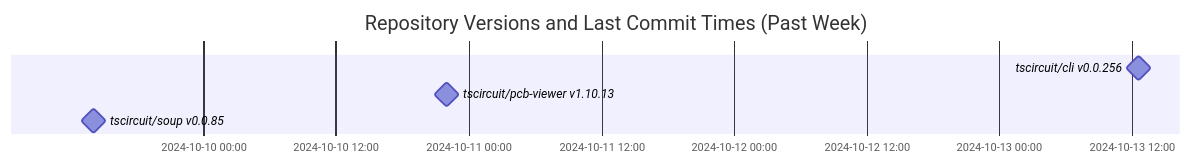
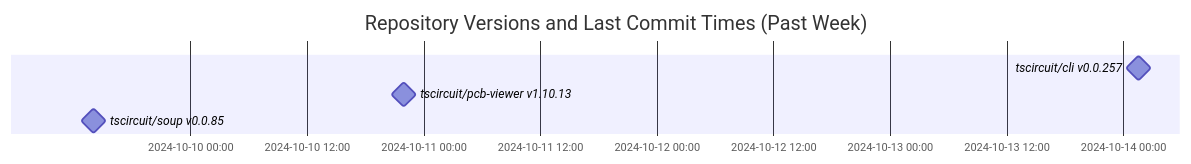
The diagram in README.md (tscircuit/version-tracker), drawn with Mermaid before and after one commit.

Commit message:
Update chart

````diff
--- a/README.md
+++ b/README.md
@@ -1,10 +1,10 @@
 ```mermaid
 gantt
   dateFormat  YYYY-MM-DD HH:mm:ss
   title Repository Versions and Last Commit Times (Past Week)
   axisFormat %Y-%m-%d %H:%M
 
-  tscircuit/cli v0.0.256 : milestone, 2024-10-13 12:37:34, 1s
+  tscircuit/cli v0.0.257 : milestone, 2024-10-14 01:37:00, 1s
   tscircuit/pcb-viewer v1.10.13 : milestone, 2024-10-10 21:59:08, 1s
   tscircuit/soup v0.0.85 : milestone, 2024-10-09 14:03:06, 1s
 ```
````
